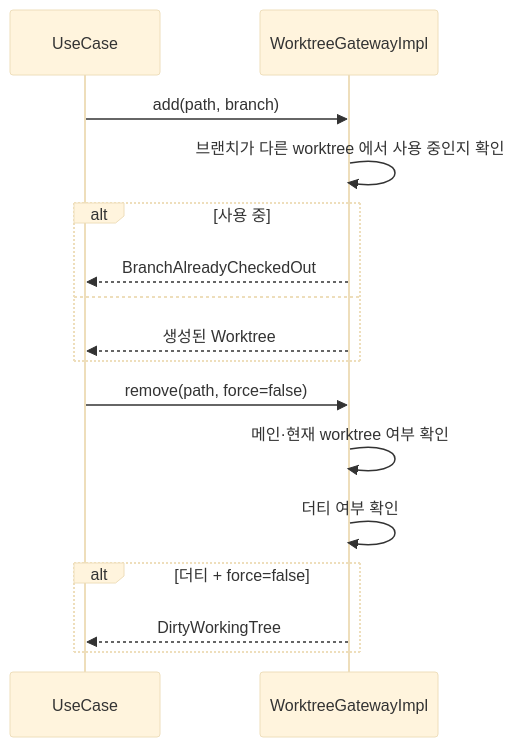
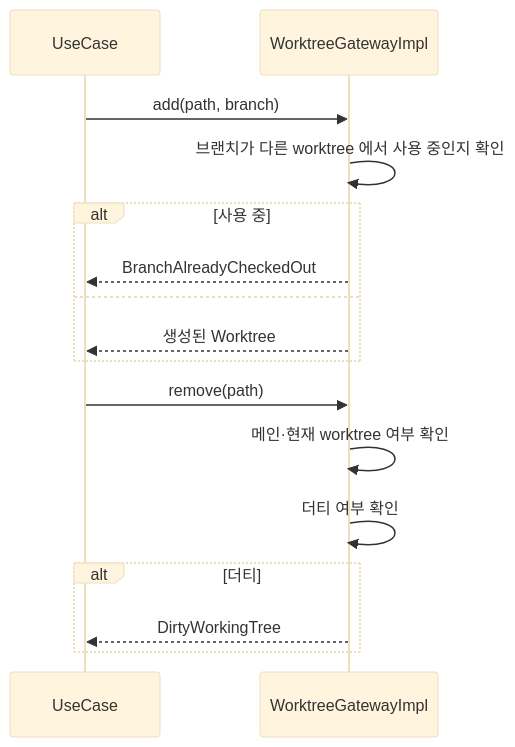
The first of 2 diagrams in tickets/UND-34-worktree-management.md (biuea3866/gitkraken-clone-app), drawn with Mermaid (base theme) before and after one commit. The commit also changed other lines of this file and 7 other files, not shown here.

````diff
--- a/tickets/UND-34-worktree-management.md
+++ b/tickets/UND-34-worktree-management.md
@@ -25,18 +36,18 @@
 ```mermaid
 sequenceDiagram
     participant UC as UseCase
     participant GW as WorktreeGatewayImpl
     UC->>GW: add(path, branch)
     GW->>GW: 브랜치가 다른 worktree 에서 사용 중인지 확인
     alt 사용 중
         GW-->>UC: BranchAlreadyCheckedOut
     else
         GW-->>UC: 생성된 Worktree
     end
-    UC->>GW: remove(path, force=false)
+    UC->>GW: remove(path)
     GW->>GW: 메인·현재 worktree 여부 확인
     GW->>GW: 더티 여부 확인
-    alt 더티 + force=false
+    alt 더티
         GW-->>UC: DirtyWorkingTree
     end
 ```
````
